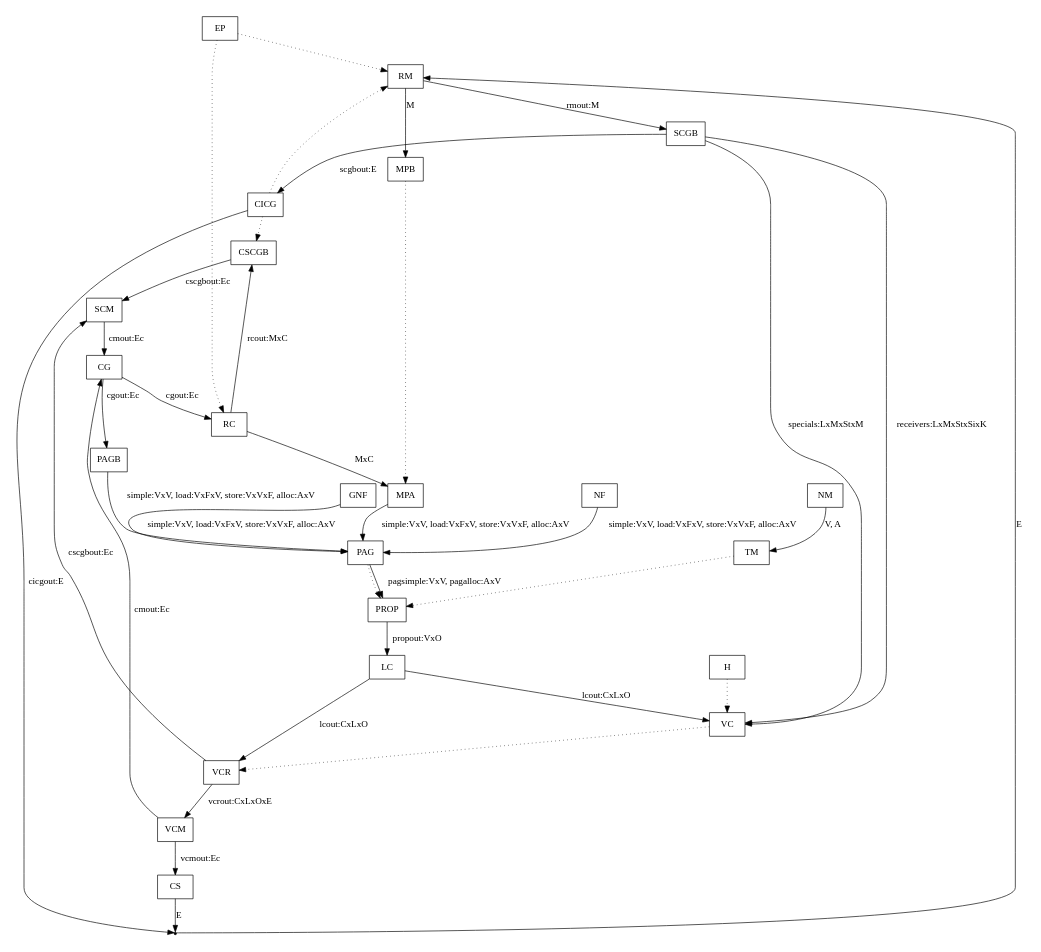
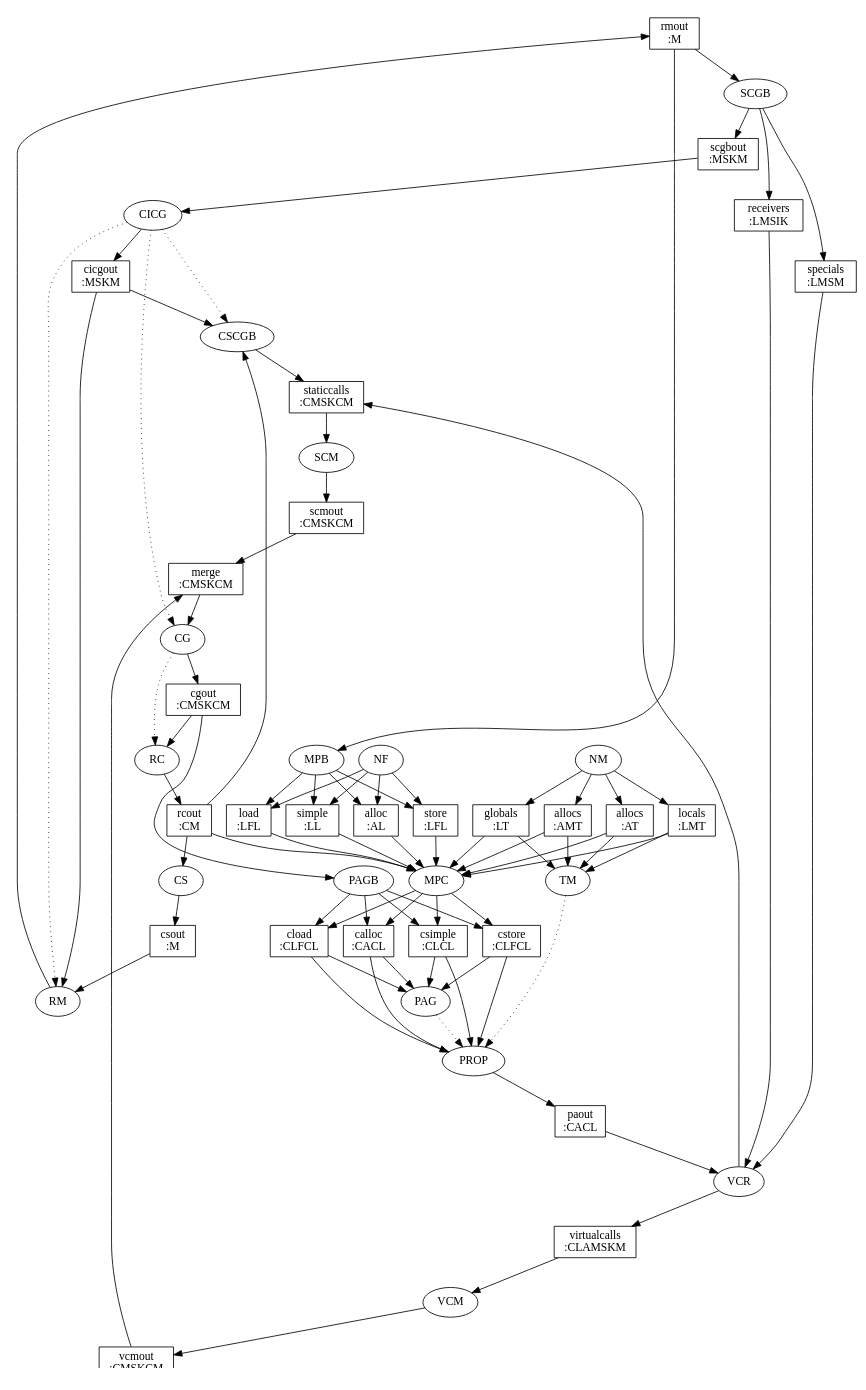
Before and after one commit to insightfullogic/insightfullogic-soot: the diagram in src/soot/jimple/paddle/overview.dot, drawn with Graphviz. The commit also changed 685 other files, not shown here.

```diff
--- a/src/soot/jimple/paddle/overview.dot
+++ b/src/soot/jimple/paddle/overview.dot
@@ -1,43 +1,131 @@
 digraph overview {
     size="7.5,10";
-    mclimit=10.0;
-    nslimit=10.0;
+    mclimit=100.0;
+    nslimit=100.0;
     node [shape=box];
-    EP -> RM [style=dotted];
-    EP -> RC [style=dotted];
-    RM -> SCGB [label="rmout:M"];
-    SCGB -> CICG [label="scgbout:E"];
-    CICG -> A2 [label="cicgout:E"];
+
+
+    rmout [label="rmout\n:M"];
+    scgbout [label="scgbout\n:MSKM"];
+    receivers [label="receivers\n:LMSIK"];
+    specials [label="specials\n:LMSM"];
+    cicgout [label="cicgout\n:MSKM"];
+
+    staticcalls [label="staticcalls\n:CMSKCM"];
+    scmout [label="scmout\n:CMSKCM"];
+    cgout [label="cgout\n:CMSKCM"];
+    rcout [label="rcout\n:CM"];
+    csout [label="csout\n:M"];
+
+    merge [label="merge\n:CMSKCM"];
+
+    locals [label="locals\n:LMT"];
+    globals [label="globals\n:LT"];
+    localallocs [label="allocs\n:AMT"];
+    globalallocs [label="allocs\n:AT"];
+
+    simple [label="simple\n:LL"];
+    store [label="store\n:LFL"];
+    load [label="load\n:LFL"];
+    alloc [label="alloc\n:AL"];
+
+    csimple [label="csimple\n:CLCL"];
+    cstore [label="cstore\n:CLFCL"];
+    cload [label="cload\n:CLFCL"];
+    calloc [label="calloc\n:CACL"];
+
+    paout [label="paout\n:CACL"];
+
+    virtualcalls [label="virtualcalls\n:CLAMSKM"];
+
+    vcmout [label="vcmout\n:CMSKCM"];
+
+    node [shape=ellipse];
+
+    NM -> locals;
+    NM -> globals;
+    NM -> localallocs;
+    NM -> globalallocs;
+
+    scgbout -> CICG -> cicgout;
+    cicgout -> RM -> rmout;
     CICG -> RM [style=dotted];
-    RC -> CSCGB [label="rcout:MxC"];
-    CSCGB -> SCM [label="cscgbout:Ec"];
-    VCR -> SCM [label="cscgbout:Ec"];
-    SCM -> CG [label="cmout:Ec"];
-    CG -> RC [label="cgout:Ec"];
-    VCM -> CS [label="vcmout:Ec"];
-    VCM -> CG [label="cmout:Ec"];
-    VCR -> VCM [label="vcrout:CxLxOxE"];
-    LC -> VCR [label="lcout:CxLxO"];
-    PAG -> PROP [label="pagsimple:VxV, pagalloc:AxV"];
-    PAGB -> PAG [label="simple:VxV, load:VxFxV, store:VxVxF, alloc:AxV"];
-    NF -> PAG [label="simple:VxV, load:VxFxV, store:VxVxF, alloc:AxV"];
-    CG -> PAGB [label="cgout:Ec"];
-    PROP -> LC [label="propout:VxO"];
-    LC -> VC [label="lcout:CxLxO"];
-    SCGB -> VC [label="receivers:LxMxStxSixK"];
-    SCGB -> VC [label="specials:LxMxStxM"];
-    CS -> A2 [label="E"];
-    A2 -> RM [label="E"];
+
+    rmout -> SCGB -> scgbout;
+    SCGB -> receivers;
+    SCGB -> specials;
+
+    scmout -> merge;
+    vcmout -> merge;
+    merge -> CG -> cgout;
+    CICG -> CG [style=dotted];
+
+    cgout -> RC -> rcout;
+    CG -> RC [style=dotted];
+
+    rcout -> CS -> csout;
+    csout -> RM;
+
+    rcout -> CSCGB -> staticcalls;
+    cicgout -> CSCGB;
     CICG -> CSCGB [style=dotted];
-    VC -> VCR [style=dotted];
+
+    rmout -> MPB;
+    MPB -> simple;
+    MPB -> store;
+    MPB -> load;
+    MPB -> alloc;
+
+    simple -> MPC;
+    store -> MPC;
+    load -> MPC;
+    alloc -> MPC;
+    locals -> MPC;
+    globals -> MPC;
+    localallocs -> MPC;
+    globalallocs -> MPC;
+    rcout -> MPC;
+    MPC -> csimple;
+    MPC -> cstore;
+    MPC -> cload;
+    MPC -> calloc;
+
+    csimple -> PAG;
+    cload -> PAG;
+    cstore -> PAG;
+    calloc -> PAG;
+
+    csimple -> PROP;
+    cload -> PROP;
+    cstore -> PROP;
+    calloc -> PROP;
+    PROP -> paout;
     PAG -> PROP [style=dotted];
-    H -> VC [style=dotted];
-    A2 [shape=point];
-    MPA -> PAG [label="simple:VxV, load:VxFxV, store:VxVxF, alloc:AxV"];
-    GNF -> PAG [label="simple:VxV, load:VxFxV, store:VxVxF, alloc:AxV"];
-    RM -> MPB [label="M"];
-    RC -> MPA [label="MxC"];
-    MPB -> MPA [style=dotted];
-    NM -> TM [label="V, A"];
+
+    receivers -> VCR;
+    specials -> VCR;
+    paout -> VCR;
+    VCR -> virtualcalls;
+    VCR -> staticcalls;
+
+    virtualcalls -> VCM -> vcmout;
+
+    staticcalls -> SCM -> scmout;
+
+    cgout -> PAGB;
+    PAGB -> csimple;
+    PAGB -> cload;
+    PAGB -> cstore;
+    PAGB -> calloc;
+
+    NF -> simple;
+    NF -> load;
+    NF -> store;
+    NF -> alloc;
+
+    locals -> TM;
+    globals -> TM;
+    localallocs -> TM;
+    globalallocs -> TM;
     TM -> PROP [style=dotted];
 }
```
